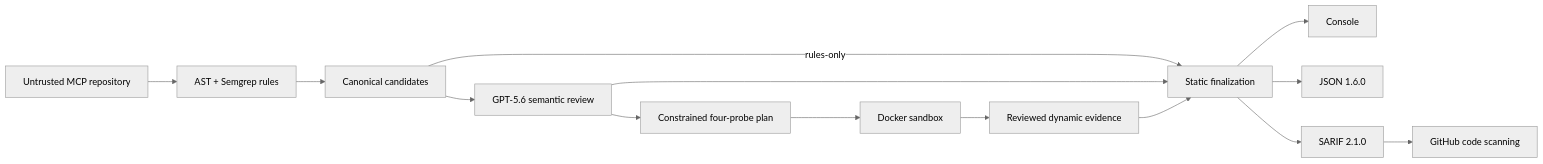
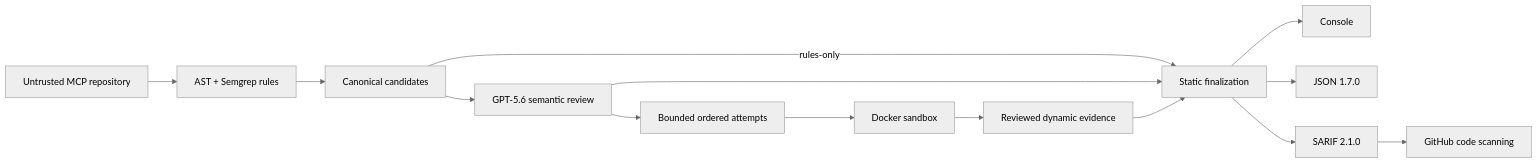
The diagram in docs/architecture.md (BashaarJavaid/MCP-Sentinel), drawn with Mermaid (neutral theme) before and after one commit. The commit also changed other lines of this file and 34 other files, not shown here.

Commit message:
Schedule bounded ordered runtime attempts and preserve linked report proof

````diff
--- a/docs/architecture.md
+++ b/docs/architecture.md
@@ -6,16 +6,16 @@
 ```mermaid
 flowchart LR
     A[Untrusted MCP repository] --> B[AST + Semgrep rules]
     B --> C[Canonical candidates]
     C -->|rules-only| H[Static finalization]
     C --> D[GPT-5.6 semantic review]
-    D --> E[Constrained four-probe plan]
+    D --> E[Bounded ordered attempts]
     E --> F[Docker sandbox]
     F --> G[Reviewed dynamic evidence]
     D --> H
     G --> H
     H --> I[Console]
-    H --> J[JSON 1.6.0]
+    H --> J[JSON 1.7.0]
     H --> K[SARIF 2.1.0]
     K --> L[GitHub code scanning]
 ```
````
